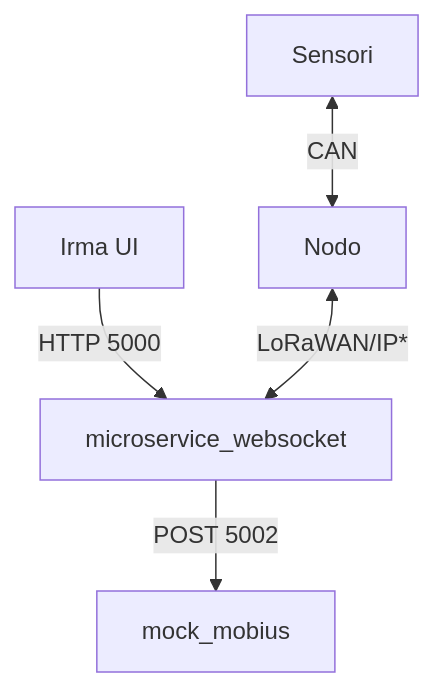
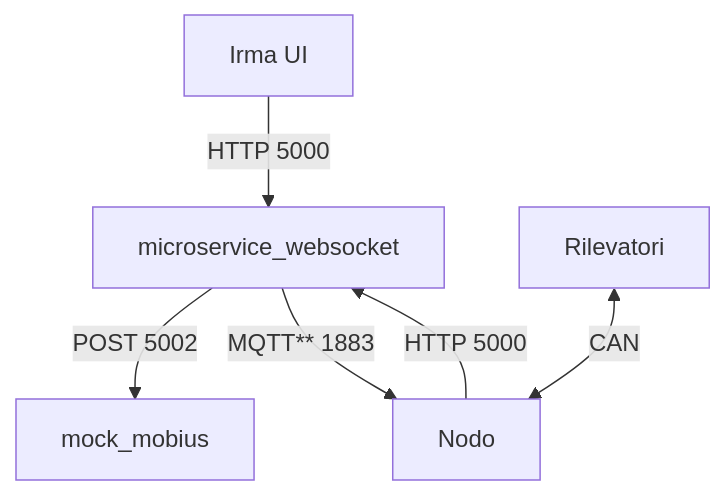
The first of 4 diagrams in README.md (monemasrl/irma), drawn with Mermaid before and after one commit. The commit also changed other lines of this file and 11 other files, not shown here.

````diff
--- a/README.md
+++ b/README.md
@@ -18,15 +18,16 @@
 ```mermaid
 flowchart TD;
 
 msw[microservice_websocket]
 mm[mock_mobius]
 irma-ui[Irma UI]
 
 nodo[Nodo]
-sensori[Sensori]
+rilevatori[Rilevatori]
 
 msw -- POST 5002 --> mm
 irma-ui -- HTTP 5000 --> msw
-nodo <-- LoRaWAN/IP* --> msw
-sensori <-- CAN --> nodo
+nodo -- HTTP 5000 --> msw
+msw -- MQTT** 1883 --> nodo
+rilevatori <-- CAN --> nodo
 ```
````
